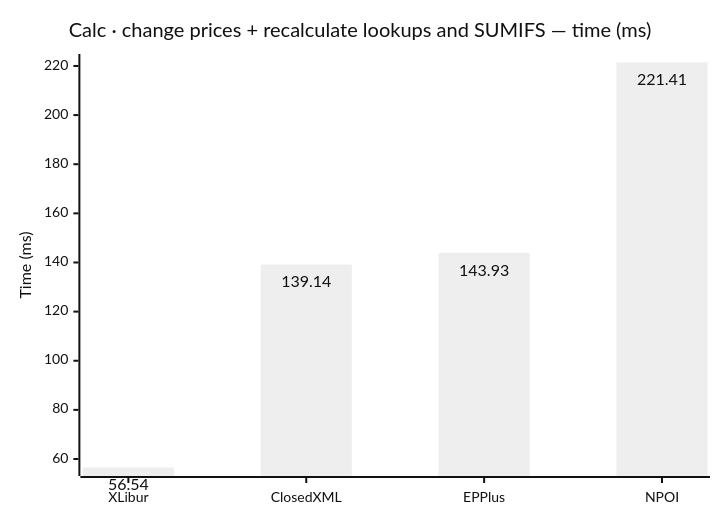
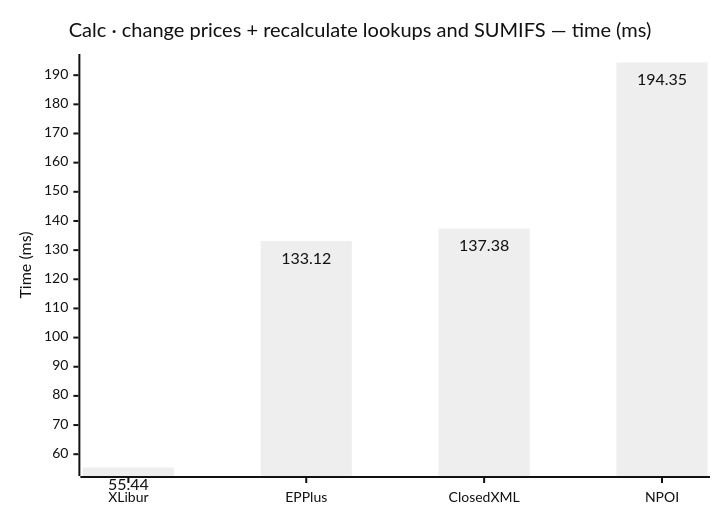
Diagram 15 of 18 in docs/results.md (jafin/XLBench), drawn with Mermaid (neutral theme) before and after one commit. The commit also changed other lines of this file and 5 other files, not shown here.

````diff
--- a/docs/results.md
+++ b/docs/results.md
@@ -224,12 +224,12 @@
 ```mermaid
 ---
 config:
   xyChart:
     showDataLabel: true
 ---
 xychart-beta
     title "Calc · change prices + recalculate lookups and SUMIFS — time (ms)"
-    x-axis ["XLibur", "ClosedXML", "EPPlus", "NPOI"]
+    x-axis ["XLibur", "EPPlus", "ClosedXML", "NPOI"]
     y-axis "Time (ms)"
-    bar [56.54, 139.14, 143.93, 221.41]
+    bar [55.44, 133.12, 137.38, 194.35]
 ```
````
